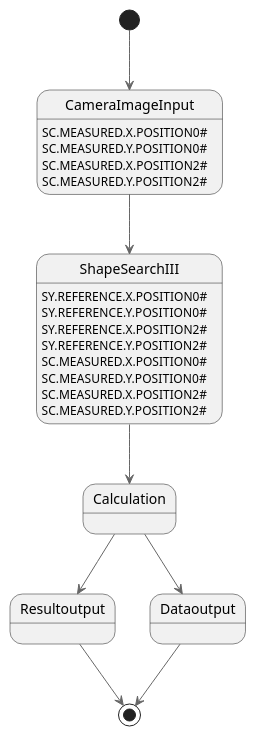
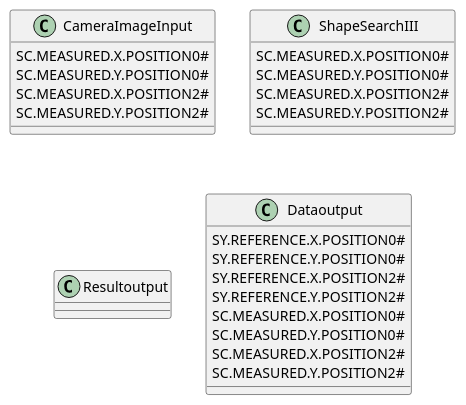
One commit to ricardosnabel/AWL-SPA changed the diagram in C4 Model/OmronC4Code.puml. Above: the diagram before and after it, drawn with PlantUML. The commit also changed 5 other files, not shown here.

```diff
--- a/C4 Model/OmronC4Code.puml
+++ b/C4 Model/OmronC4Code.puml
@@ -1,23 +1,26 @@
 @startuml OmronController
-!include https://raw.githubusercontent.com/plantuml-stdlib/C4-PlantUML/master/C4_Context.puml
-[*] --> CameraImageInput
+!include https://raw.githubusercontent.com/plantuml-stdlib/C4-PlantUML/master/C4.puml
+
+class CameraImageInput
+class ShapeSearchIII
+class Resultoutput
+class Dataoutput
+
 CameraImageInput : SC.MEASURED.X.POSITION0#
 CameraImageInput : SC.MEASURED.Y.POSITION0#
 CameraImageInput : SC.MEASURED.X.POSITION2#
 CameraImageInput : SC.MEASURED.Y.POSITION2#
-CameraImageInput --> ShapeSearchIII
-ShapeSearchIII : SY.REFERENCE.X.POSITION0#
-ShapeSearchIII : SY.REFERENCE.Y.POSITION0#
-ShapeSearchIII : SY.REFERENCE.X.POSITION2#
-ShapeSearchIII : SY.REFERENCE.Y.POSITION2#
+Dataoutput : SY.REFERENCE.X.POSITION0#
+Dataoutput : SY.REFERENCE.Y.POSITION0#
+Dataoutput : SY.REFERENCE.X.POSITION2#
+Dataoutput : SY.REFERENCE.Y.POSITION2#
+Dataoutput : SC.MEASURED.X.POSITION0#
+Dataoutput : SC.MEASURED.Y.POSITION0#
+Dataoutput : SC.MEASURED.X.POSITION2#
+Dataoutput : SC.MEASURED.Y.POSITION2#
 ShapeSearchIII : SC.MEASURED.X.POSITION0#
 ShapeSearchIII : SC.MEASURED.Y.POSITION0#
 ShapeSearchIII : SC.MEASURED.X.POSITION2#
 ShapeSearchIII : SC.MEASURED.Y.POSITION2#
 
-ShapeSearchIII --> Calculation
-Calculation --> Resultoutput
-Calculation --> Dataoutput
-Resultoutput --> [*]
-Dataoutput --> [*]
 @enduml
```
